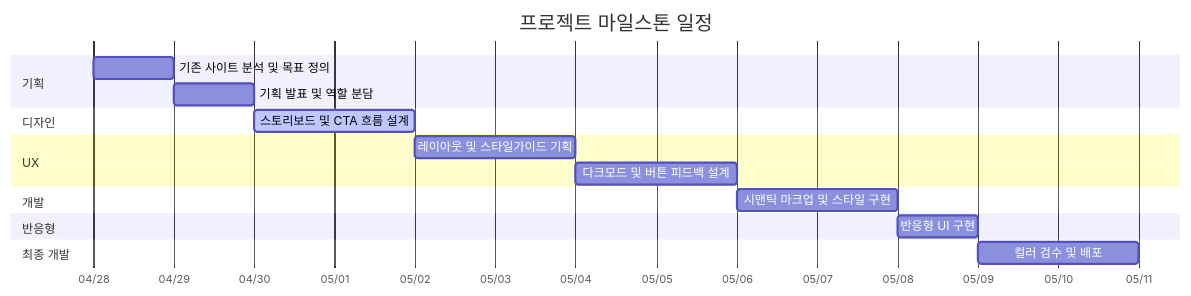
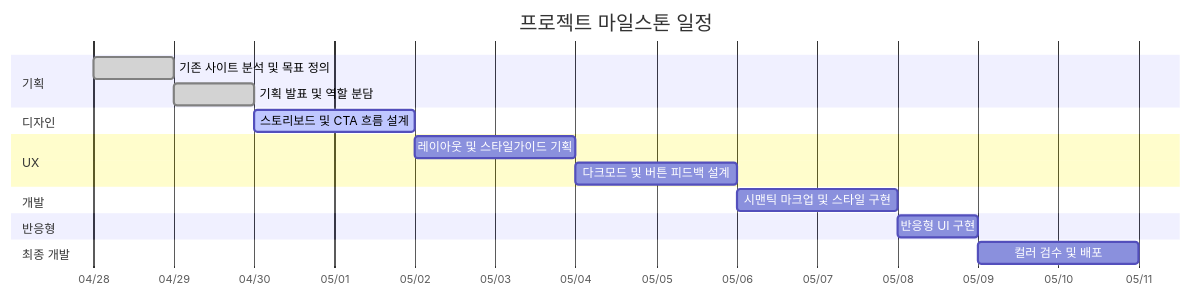
The diagram in README.md (JoYoungBin00/acme_202604), drawn with Mermaid before and after one commit. The commit also changed other lines of this file, not shown here.

````diff
--- a/README.md
+++ b/README.md
@@ -73,26 +76,26 @@
 ```mermaid
 gantt
     title 프로젝트 마일스톤 일정
     dateFormat YYYY-MM-DD
     axisFormat %m/%d
 
     section 기획
-    기존 사이트 분석 및 목표 정의 :a1, 2026-04-28, 1d
-    기획 발표 및 역할 분담 :a2, 2026-04-29, 1d
+    기존 사이트 분석 및 목표 정의 :done, a1, 2026-04-28, 1d
+    기획 발표 및 역할 분담 :done, a2, 2026-04-29, 1d
 
     section 디자인
     스토리보드 및 CTA 흐름 설계 :active, b1, 2026-04-30, 2d
 
     section UX
     레이아웃 및 스타일가이드 기획 :c1, 2026-05-02, 2d
     다크모드 및 버튼 피드백 설계 :c2, 2026-05-04, 2d
 
     section 개발
     시맨틱 마크업 및 스타일 구현 :d1, 2026-05-06, 2d
 
     section 반응형
     반응형 UI 구현 :e1, 2026-05-08, 1d
 
     section 최종 개발
     컬러 검수 및 배포 :f1, 2026-05-09, 2d
 ```
````
